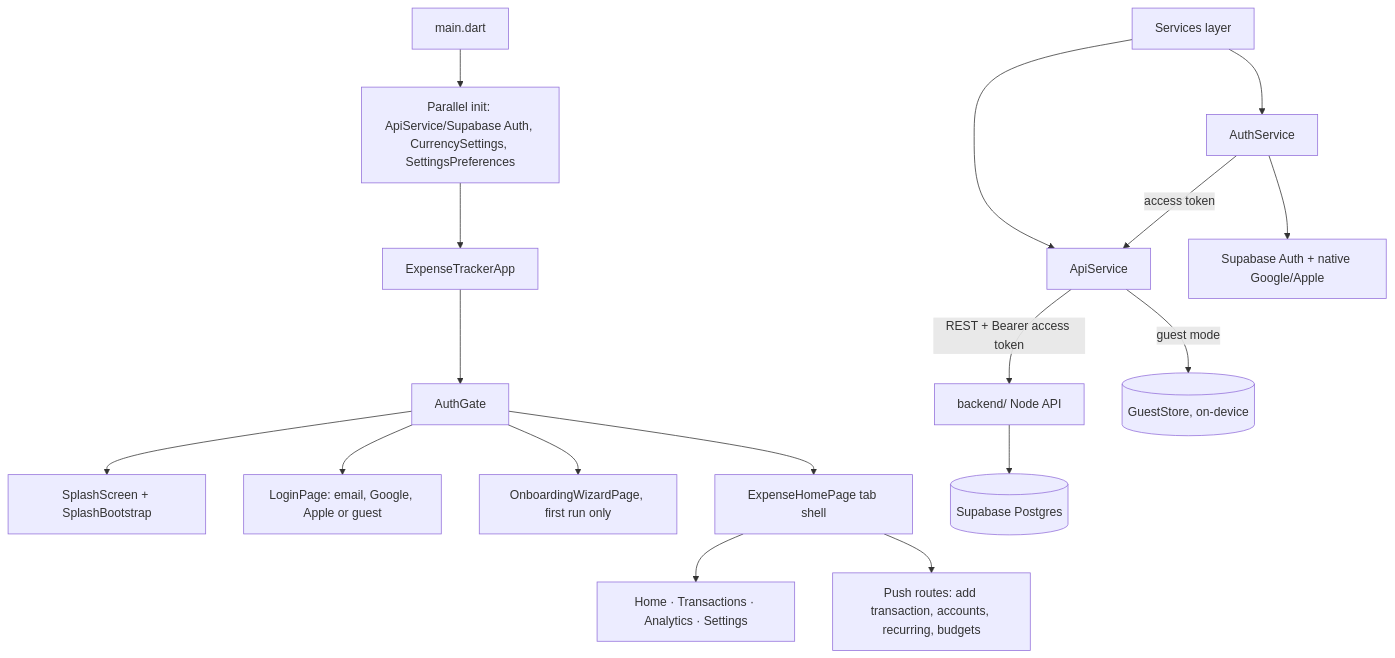
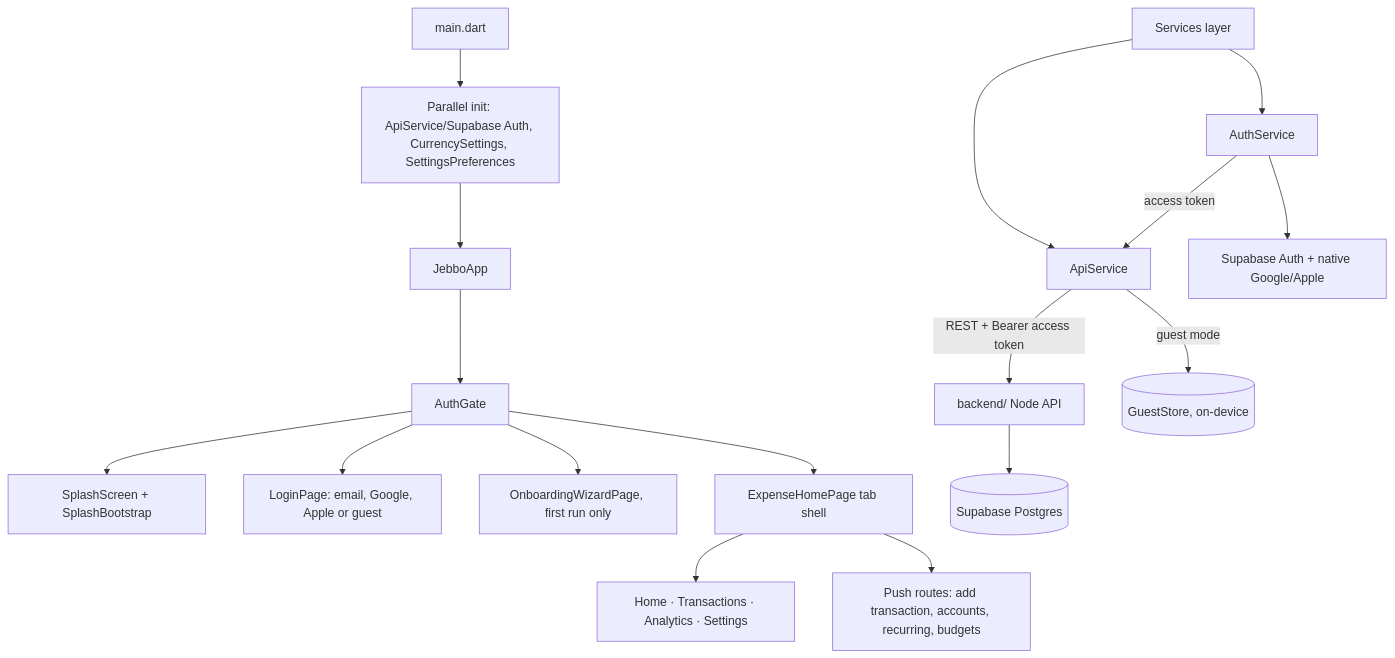
Before and after one commit to shubhamambastha/expense_tracker_app: the diagram in docs/ARCHITECTURE.md, drawn with Mermaid. The commit also changed other lines of this file and 54 other files, not shown here.

First line of the commit message:
chore: rename the app to Jebbo

````diff
--- a/docs/ARCHITECTURE.md
+++ b/docs/ARCHITECTURE.md
@@ -13,19 +13,19 @@
 ```mermaid
 flowchart TD
   main[main.dart] --> init[Parallel init: ApiService/Supabase Auth, CurrencySettings, SettingsPreferences]
-  init --> app[ExpenseTrackerApp]
+  init --> app[JebboApp]
   app --> gate[AuthGate]
   gate --> splash[SplashScreen + SplashBootstrap]
   gate --> login[LoginPage: email, Google, Apple or guest]
   gate --> wizard[OnboardingWizardPage, first run only]
   gate --> home[ExpenseHomePage tab shell]
   home --> tabs[Home · Transactions · Analytics · Settings]
   home --> push[Push routes: add transaction, accounts, recurring, budgets]
   services[Services layer] --> api[ApiService]
   services --> auth[AuthService]
   api -->|REST + Bearer access token| node[backend/ Node API]
   api -->|guest mode| guest[(GuestStore, on-device)]
   node --> db[(Supabase Postgres)]
   auth --> sbauth[Supabase Auth + native Google/Apple]
   auth -->|access token| api
 ```
````
